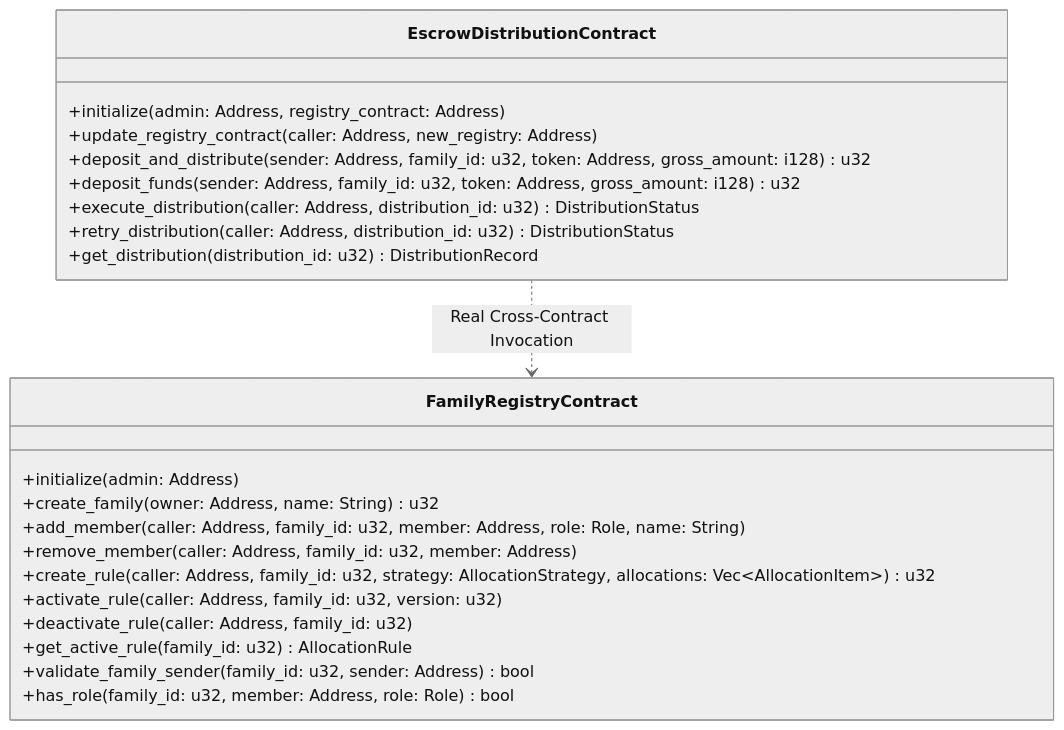
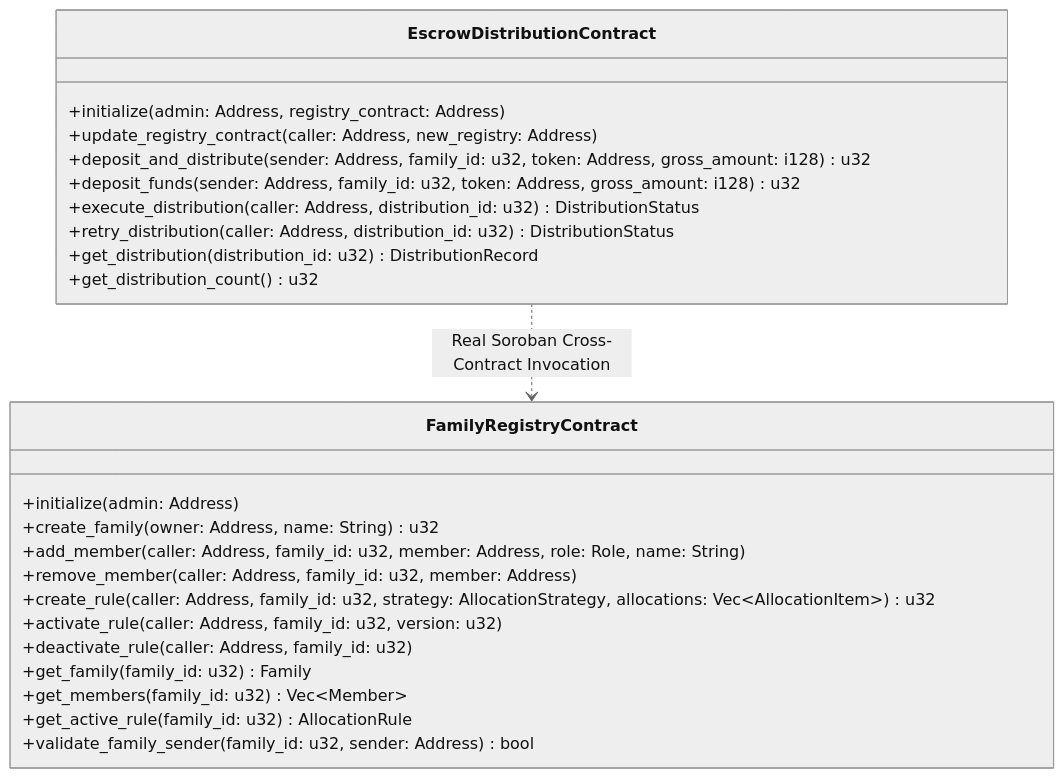
One commit to Zulekha01/RemitSplit changed the fourth of 4 diagrams in README.md. Above: the diagram before and after it, drawn with Mermaid (neutral theme). The commit also changed other lines of this file, not shown here.

Commit message:
docs(readme): restructure documentation with comprehensive architecture, sequence diagrams, and protocol specifications

````diff
--- a/README.md
+++ b/README.md
@@ -100,27 +269,29 @@
 ```mermaid
 classDiagram
     class FamilyRegistryContract {
         +initialize(admin: Address)
         +create_family(owner: Address, name: String) u32
         +add_member(caller: Address, family_id: u32, member: Address, role: Role, name: String)
         +remove_member(caller: Address, family_id: u32, member: Address)
         +create_rule(caller: Address, family_id: u32, strategy: AllocationStrategy, allocations: Vec~AllocationItem~) u32
         +activate_rule(caller: Address, family_id: u32, version: u32)
         +deactivate_rule(caller: Address, family_id: u32)
+        +get_family(family_id: u32) Family
+        +get_members(family_id: u32) Vec~Member~
         +get_active_rule(family_id: u32) AllocationRule
         +validate_family_sender(family_id: u32, sender: Address) bool
-        +has_role(family_id: u32, member: Address, role: Role) bool
     }
 
     class EscrowDistributionContract {
         +initialize(admin: Address, registry_contract: Address)
         +update_registry_contract(caller: Address, new_registry: Address)
         +deposit_and_distribute(sender: Address, family_id: u32, token: Address, gross_amount: i128) u32
         +deposit_funds(sender: Address, family_id: u32, token: Address, gross_amount: i128) u32
         +execute_distribution(caller: Address, distribution_id: u32) DistributionStatus
         +retry_distribution(caller: Address, distribution_id: u32) DistributionStatus
         +get_distribution(distribution_id: u32) DistributionRecord
+        +get_distribution_count() u32
     }
 
-    EscrowDistributionContract ..> FamilyRegistryContract : Real Cross-Contract Invocation
+    EscrowDistributionContract ..> FamilyRegistryContract : Real Soroban Cross-Contract Invocation
 ```
````
